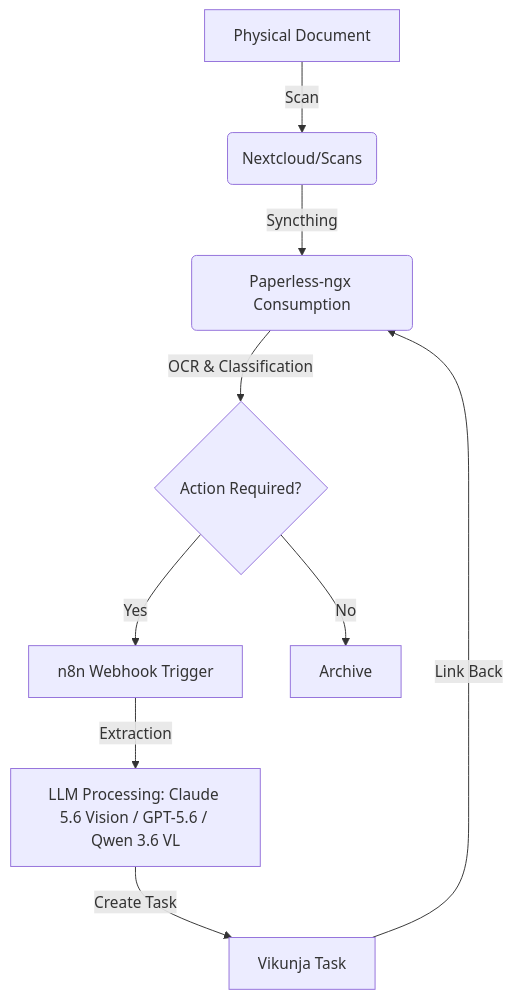
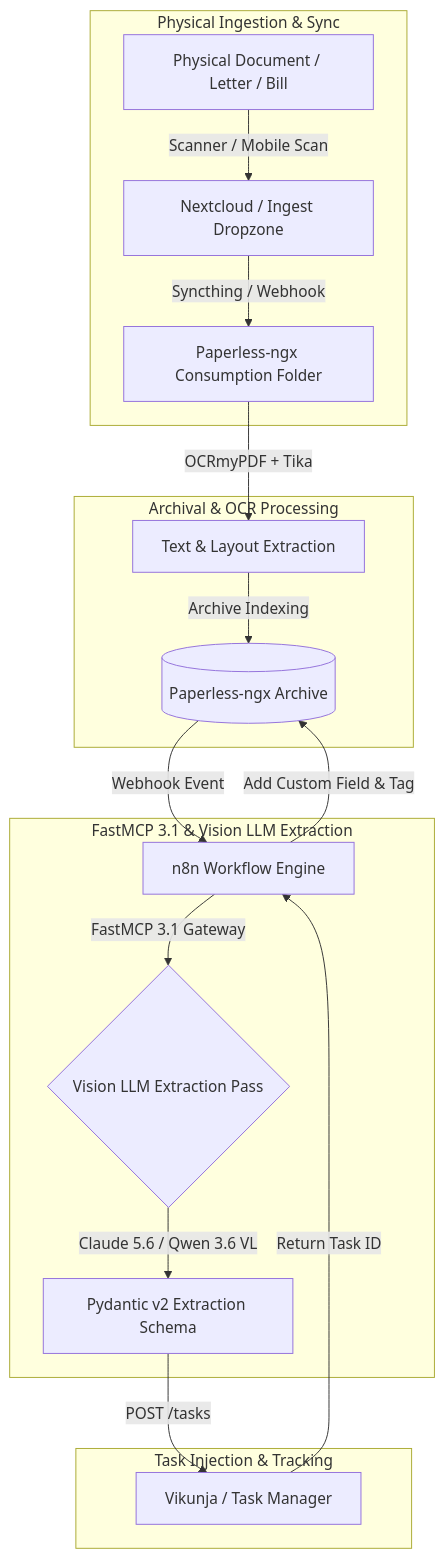
The diagram in docs/playbooks/scan-to-task.md (joanmarcriera/Home-office-automations), drawn with Mermaid before and after one commit. The commit also changed other lines of this file and 7 other files, not shown here.

````diff
--- a/docs/playbooks/scan-to-task.md
+++ b/docs/playbooks/scan-to-task.md
@@ -48,11 +8,24 @@
 ```mermaid
 flowchart TD
-    A[Physical Document] -->|Scan| B(Nextcloud/Scans)
-    B -->|Syncthing| C(Paperless-ngx Consumption)
-    C -->|OCR & Classification| D{Action Required?}
-    D -- Yes --> E[n8n Webhook Trigger]
-    D -- No --> F[Archive]
-    E -->|Extraction| G[LLM Processing: Claude 5.6 Vision / GPT-5.6 / Qwen 3.6 VL]
-    G -->|Create Task| H[Vikunja Task]
-    H -->|Link Back| C
+    subgraph Capture["Physical Ingestion & Sync"]
+        Doc[Physical Document / Letter / Bill] -->|Scanner / Mobile Scan| Landing[Nextcloud / Ingest Dropzone]
+        Landing -->|Syncthing / Webhook| Consumption[Paperless-ngx Consumption Folder]
+    end
+
+    subgraph OCR_Storage["Archival & OCR Processing"]
+        Consumption -->|OCRmyPDF + Tika| OCR[Text & Layout Extraction]
+        OCR -->|Archive Indexing| DB[(Paperless-ngx Archive)]
+    end
+
+    subgraph Agentic_Extraction["FastMCP 3.1 & Vision LLM Extraction"]
+        DB -->|Webhook Event| Orchestrator[n8n Workflow Engine]
+        Orchestrator -->|FastMCP 3.1 Gateway| VisionLLM{Vision LLM Extraction Pass}
+        VisionLLM -->|Claude 5.6 / Qwen 3.6 VL| StructData[Pydantic v2 Extraction Schema]
+    end
+
+    subgraph Action_Execution["Task Injection & Tracking"]
+        StructData -->|POST /tasks| TaskMgr[Vikunja / Task Manager]
+        TaskMgr -->|Return Task ID| Orchestrator
+        Orchestrator -->|Add Custom Field & Tag| DB
+    end
 ```
````
